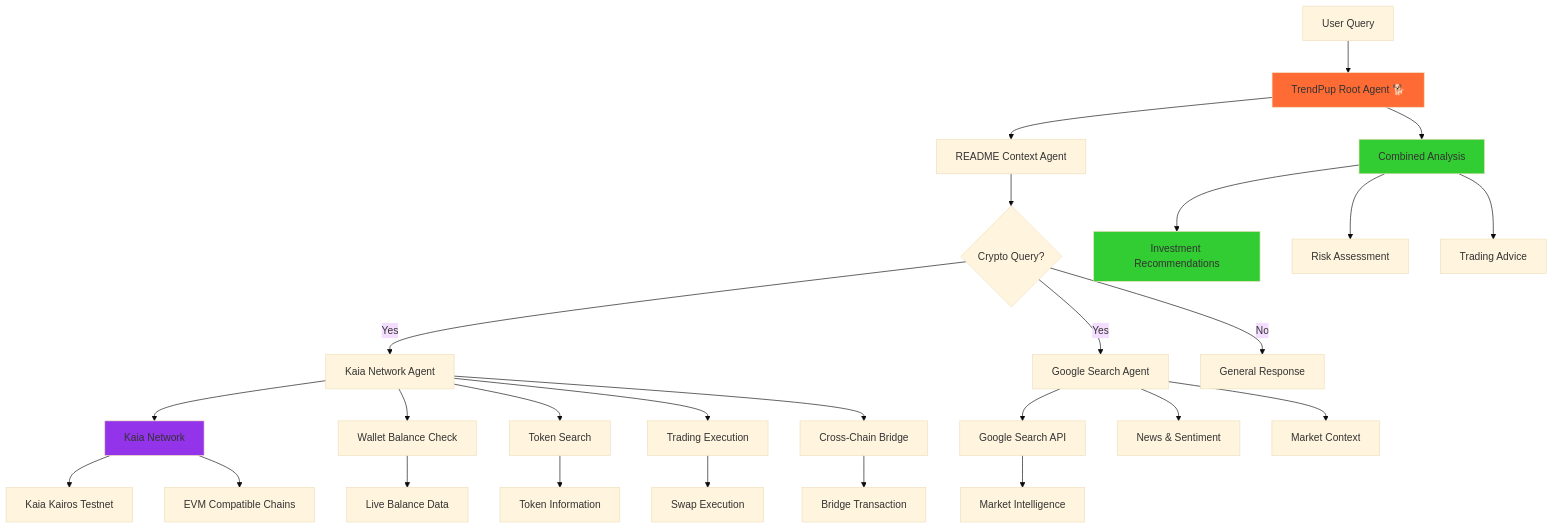
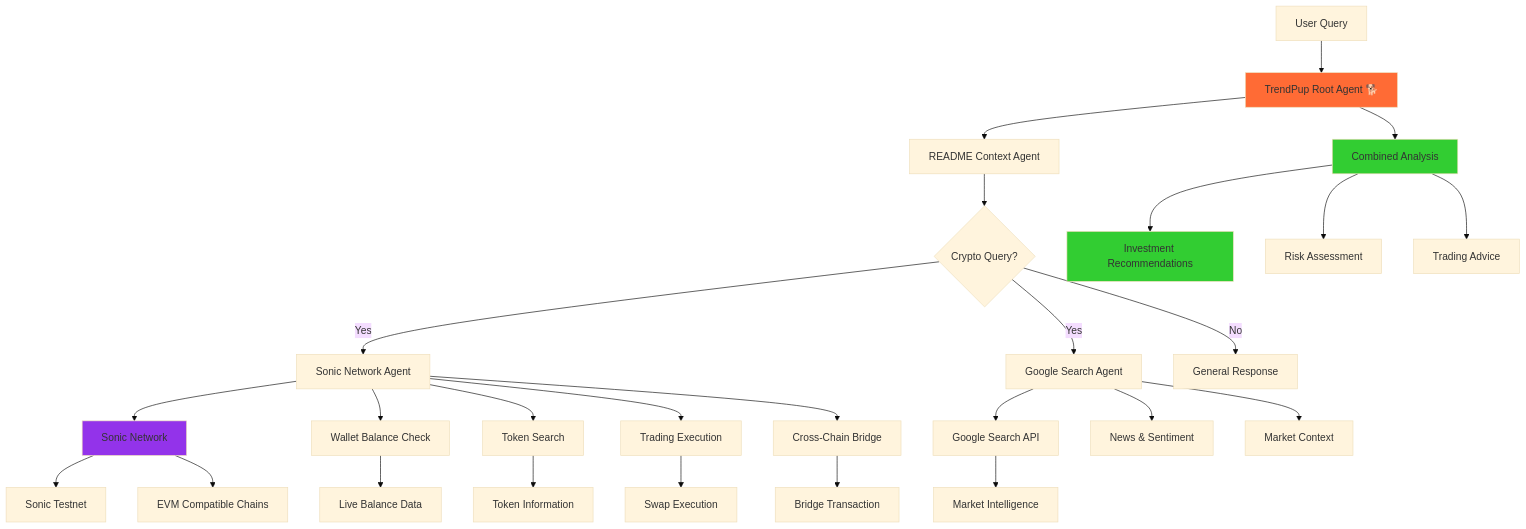
One commit to Spydiecy/Trendpup_Sonic changed the fourth of 8 diagrams in README.md. Above: the diagram before and after it, drawn with Mermaid (base theme). The commit also changed other lines of this file and 10 other files, not shown here.

````diff
--- a/README.md
+++ b/README.md
@@ -344,39 +344,39 @@
 ```mermaid
 flowchart TD
     A[User Query] --> B[TrendPup Root Agent 🐕]
     B --> C[README Context Agent]
     C --> D{Crypto Query?}
-    D -- Yes --> E[Kaia Network Agent]
+    D -- Yes --> E[Sonic Network Agent]
     D -- Yes --> F[Google Search Agent]
     D -- No --> G[General Response]
     
-    E --> H[Kaia Network]
-    H --> I[Kaia Kairos Testnet]
+    E --> H[Sonic Network]
+    H --> I[Sonic Testnet]
     H --> J[EVM Compatible Chains]
     
     F --> K[Google Search API]
     K --> L[Market Intelligence]
     
     E --> M[Wallet Balance Check]
     E --> N[Token Search]
     E --> O[Trading Execution]
     E --> P[Cross-Chain Bridge]
     
     M --> Q[Live Balance Data]
     N --> R[Token Information]
     O --> S[Swap Execution]
     P --> T[Bridge Transaction]
     
     F --> U[News & Sentiment]
     F --> V[Market Context]
     
     B --> W[Combined Analysis]
     W --> X[Investment Recommendations]
     W --> Y[Risk Assessment]
     W --> Z[Trading Advice]
     
     style B fill:#ff6b35
     style H fill:#9333ea
     style W fill:#32cd32
     style X fill:#32cd32
 ```
````
